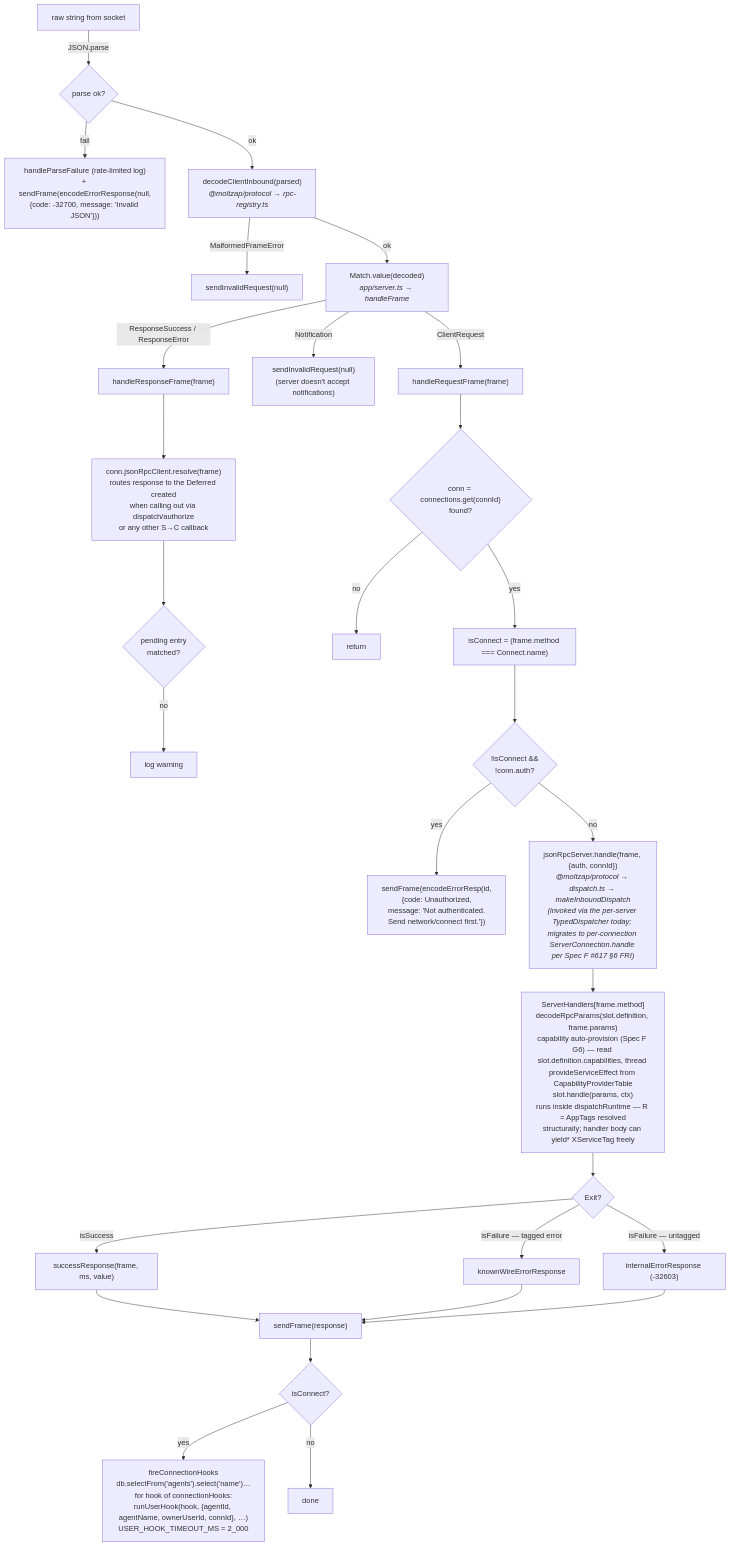
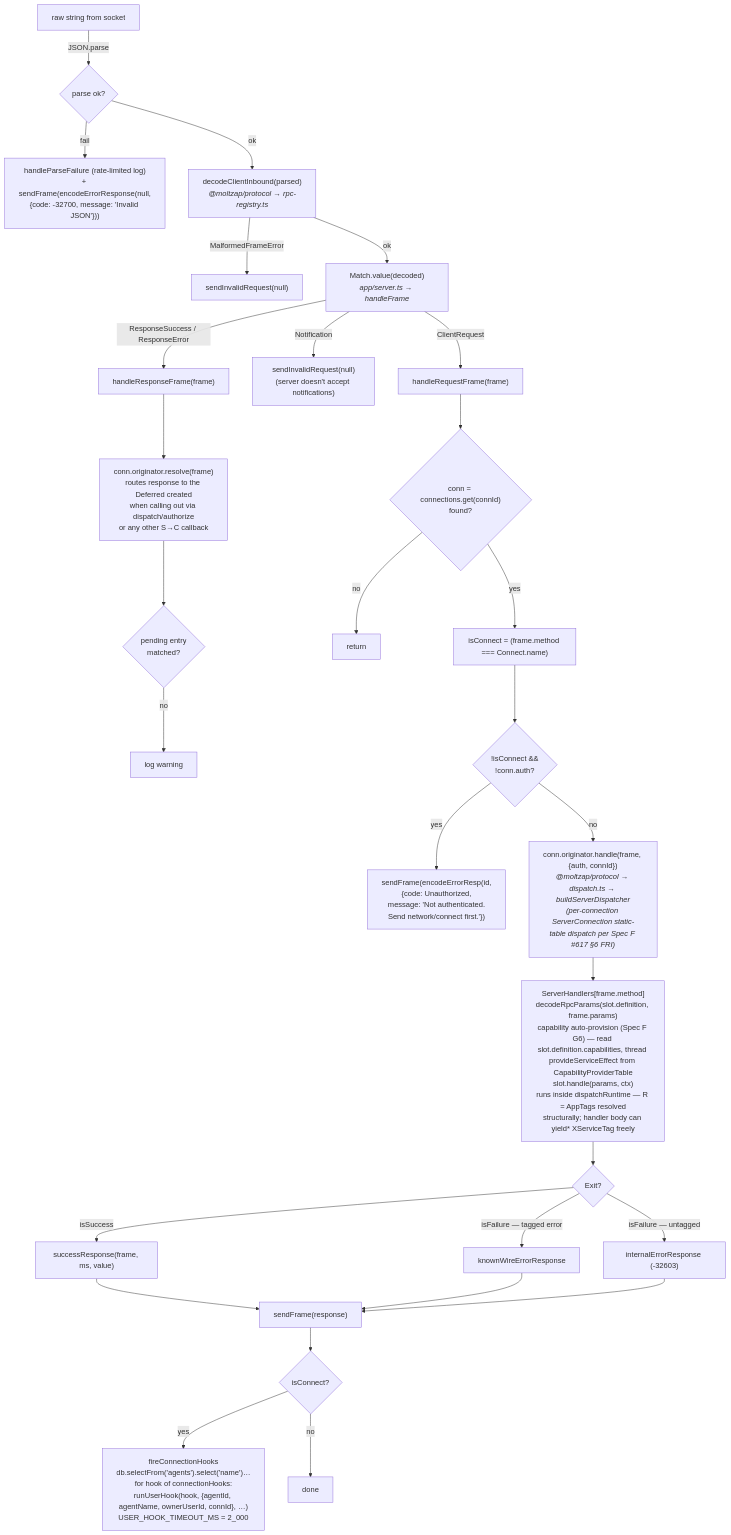
One commit to chughtapan/moltzap changed the diagram in packages/server/docs/architecture/03-request-response-handling.md. Above: the diagram before and after it, drawn with Mermaid. The commit also changed 4 other files, not shown here.

````diff
--- a/packages/server/docs/architecture/03-request-response-handling.md
+++ b/packages/server/docs/architecture/03-request-response-handling.md
@@ -8,39 +8,39 @@
 ```mermaid
 flowchart TD
     A["raw string from socket"]
     A -->|"JSON.parse"| B{"parse ok?"}
     B -->|"fail"| B1["handleParseFailure (rate-limited log)<br/>+ sendFrame(encodeErrorResponse(null,<br/>{code: -32700, message: 'Invalid JSON'}))"]
     B -->|"ok"| C["decodeClientInbound(parsed)<br/><i>@moltzap/protocol → rpc-registry.ts</i>"]
     C -->|"MalformedFrameError"| C1["sendInvalidRequest(null)"]
     C -->|"ok"| D["Match.value(decoded)<br/><i>app/server.ts → handleFrame</i>"]
 
     D -->|"ResponseSuccess / ResponseError"| E["handleResponseFrame(frame)"]
     D -->|"Notification"| D1["sendInvalidRequest(null)<br/>(server doesn't accept notifications)"]
     D -->|"ClientRequest"| F["handleRequestFrame(frame)"]
 
-    E --> E1["conn.jsonRpcClient.resolve(frame)<br/>routes response to the Deferred created<br/>when calling out via dispatch/authorize<br/>or any other S→C callback"]
+    E --> E1["conn.originator.resolve(frame)<br/>routes response to the Deferred created<br/>when calling out via dispatch/authorize<br/>or any other S→C callback"]
     E1 --> E2{"pending entry<br/>matched?"}
     E2 -->|"no"| E3["log warning"]
 
     F --> F1{"conn = connections.get(connId)<br/>found?"}
     F1 -->|"no"| F1a["return"]
     F1 -->|"yes"| F2["isConnect = (frame.method === Connect.name)"]
     F2 --> F3{"!isConnect &&<br/>!conn.auth?"}
     F3 -->|"yes"| F3a["sendFrame(encodeErrorResp(id,<br/>{code: Unauthorized,<br/>message: 'Not authenticated.<br/>Send network/connect first.'})"]
-    F3 -->|"no"| F4["jsonRpcServer.handle(frame, {auth, connId})<br/><i>@moltzap/protocol → dispatch.ts → makeInboundDispatch<br/>(invoked via the per-server TypedDispatcher today; migrates to per-connection ServerConnection.handle per Spec F #617 §6 FRI)</i>"]
+    F3 -->|"no"| F4["conn.originator.handle(frame, {auth, connId})<br/><i>@moltzap/protocol → dispatch.ts → buildServerDispatcher<br/>(per-connection ServerConnection static-table dispatch per Spec F #617 §6 FRI)</i>"]
 
     F4 --> F5["ServerHandlers[frame.method]<br/>decodeRpcParams(slot.definition, frame.params)<br/>capability auto-provision (Spec F G6) — read slot.definition.capabilities, thread provideServiceEffect from CapabilityProviderTable<br/>slot.handle(params, ctx)<br/>runs inside dispatchRuntime — R = AppTags resolved<br/>structurally; handler body can yield* XServiceTag freely"]
 
     F5 --> F6{"Exit?"}
     F6 -->|"isSuccess"| F6a["successResponse(frame, ms, value)"]
     F6 -->|"isFailure — tagged error"| F6b["knownWireErrorResponse"]
     F6 -->|"isFailure — untagged"| F6c["internalErrorResponse (-32603)"]
 
     F6a --> G["sendFrame(response)"]
     F6b --> G
     F6c --> G
 
     G --> H{"isConnect?"}
     H -->|"yes"| I["fireConnectionHooks<br/>db.selectFrom('agents').select('name')…<br/>for hook of connectionHooks:<br/>runUserHook(hook, {agentId, agentName, ownerUserId, connId}, …)<br/>USER_HOOK_TIMEOUT_MS = 2_000"]
     H -->|"no"| J["done"]
 ```
````
